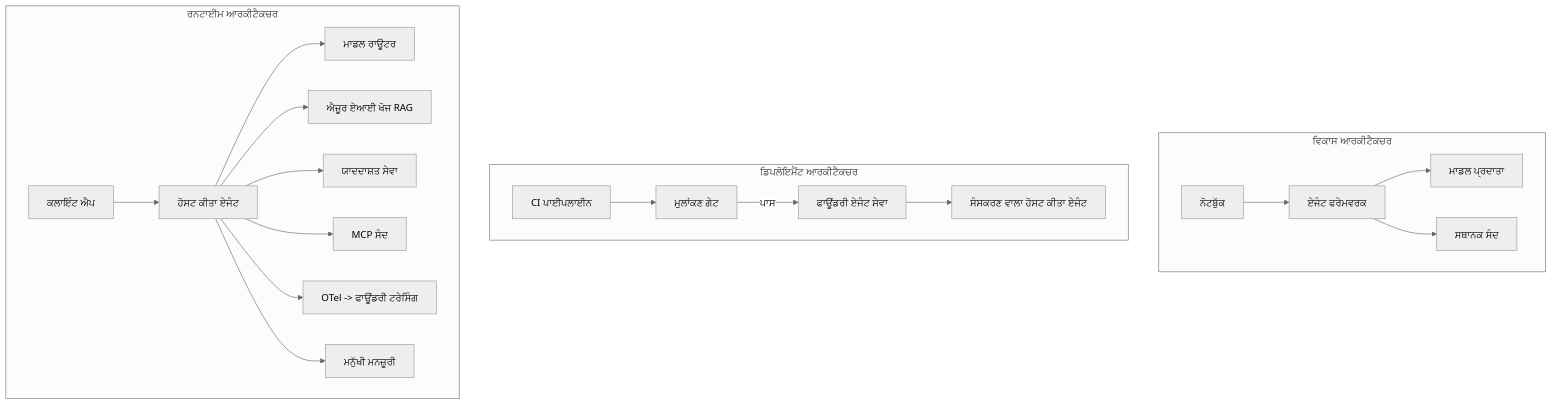
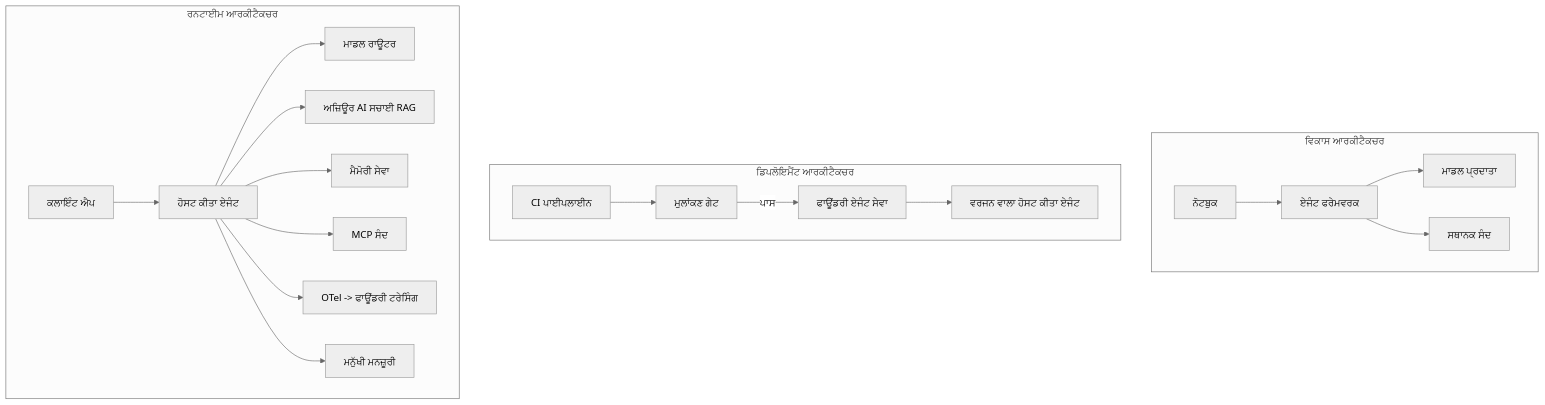
One commit to microsoft/ai-agents-for-beginners changed the fourth of 4 diagrams in translations/pa/16-deploying-scalable-agents/README.md. Above: the diagram before and after it, drawn with Mermaid (neutral theme). The commit also changed other lines of this file and 46 other files, not shown here.

````diff
--- a/translations/pa/16-deploying-scalable-agents/README.md
+++ b/translations/pa/16-deploying-scalable-agents/README.md
@@ -185,22 +185,22 @@
 ```mermaid
 flowchart TB
     subgraph Dev[ਵਿਕਾਸ ਆਰਕੀਟੈਕਚਰ]
-        D1[ਨੋਟਬੁੱਕ] --> D2[ਏਜੰਟ ਫਰੇਮਵਰਕ]
+        D1[ਨੋਟਬੁਕ] --> D2[ਏਜੰਟ ਫਰੇਮਵਰਕ]
         D2 --> D3[ਮਾਡਲ ਪ੍ਰਦਾਤਾ]
         D2 --> D4[ਸਥਾਨਕ ਸੰਦ]
     end
     subgraph Deploy[ਡਿਪਲੋਇਮੈਂਟ ਆਰਕੀਟੈਕਚਰ]
         E1[CI ਪਾਈਪਲਾਈਨ] --> E2[ਮੁਲਾਂਕਣ ਗੇਟ]
         E2 -->|ਪਾਸ| E3[ਫਾਊਂਡਰੀ ਏਜੰਟ ਸੇਵਾ]
-        E3 --> E4[ਸੰਸਕਰਣ ਵਾਲਾ ਹੋਸਟ ਕੀਤਾ ਏਜੰਟ]
+        E3 --> E4[ਵਰਜਨ ਵਾਲਾ ਹੋਸਟ ਕੀਤਾ ਏਜੰਟ]
     end
     subgraph Run[ਰਨਟਾਈਮ ਆਰਕੀਟੈਕਚਰ]
         F1[ਕਲਾਇੰਟ ਐਪ] --> F2[ਹੋਸਟ ਕੀਤਾ ਏਜੰਟ]
         F2 --> F3[ਮਾਡਲ ਰਾਊਟਰ]
-        F2 --> F4[ਐਜ਼ੂਰ ਏਆਈ ਖੋਜ RAG]
-        F2 --> F5[ਯਾਦਦਾਸ਼ਤ ਸੇਵਾ]
+        F2 --> F4[ਅਜ਼ਿਊਰ AI ਸਚਾਈ RAG]
+        F2 --> F5[ਮੈਮੋਰੀ ਸੇਵਾ]
         F2 --> F6[MCP ਸੰਦ]
         F2 --> F7[OTel -> ਫਾਊਂਡਰੀ ਟਰੇਸਿੰਗ]
         F2 --> F8[ਮਨੁੱਖੀ ਮਨਜ਼ੂਰੀ]
     end
 ```
````
